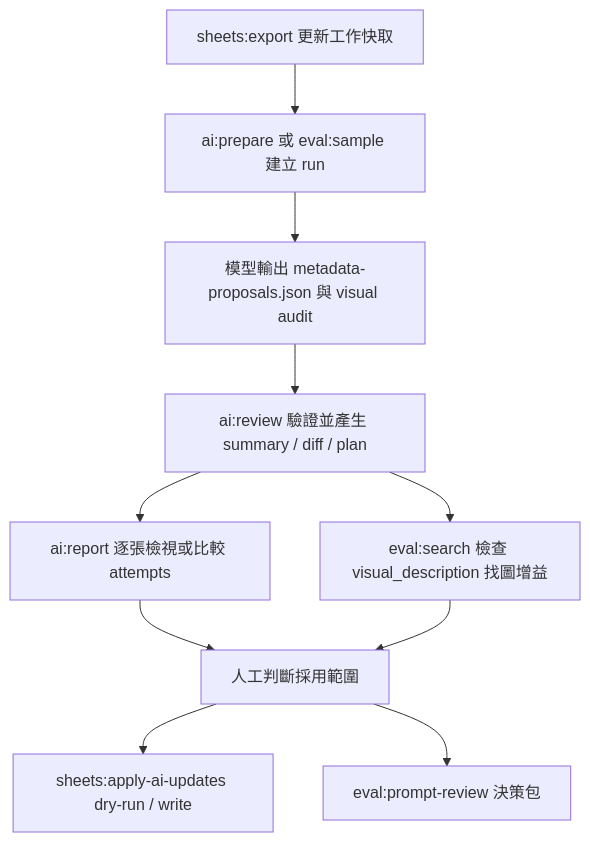
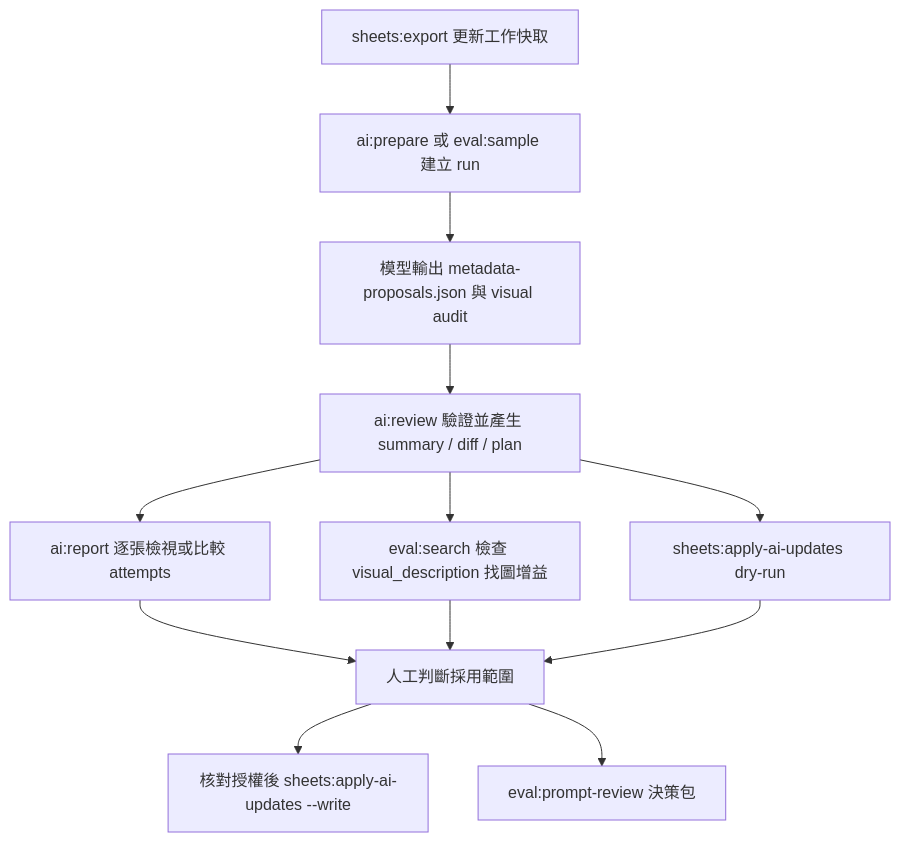
Before and after one commit to sitcon-tw/flickr-photo-finder: the diagram in docs/ai-labeling-operator-guide.md, drawn with Mermaid. The commit also changed 4 other files, not shown here.

````diff
--- a/docs/ai-labeling-operator-guide.md
+++ b/docs/ai-labeling-operator-guide.md
@@ -15,12 +15,14 @@
 ```mermaid
 flowchart TD
   A["sheets:export 更新工作快取"] --> B["ai:prepare 或 eval:sample 建立 run"]
   B --> C["模型輸出 metadata-proposals.json 與 visual audit"]
   C --> D["ai:review 驗證並產生 summary / diff / plan"]
   D --> E["ai:report 逐張檢視或比較 attempts"]
   D --> F["eval:search 檢查 visual_description 找圖增益"]
+  D --> H["sheets:apply-ai-updates dry-run"]
   E --> G["人工判斷採用範圍"]
   F --> G
-  G --> H["sheets:apply-ai-updates dry-run / write"]
+  H --> G
+  G --> J["核對授權後 sheets:apply-ai-updates --write"]
   G --> I["eval:prompt-review 決策包"]
 ```
````
